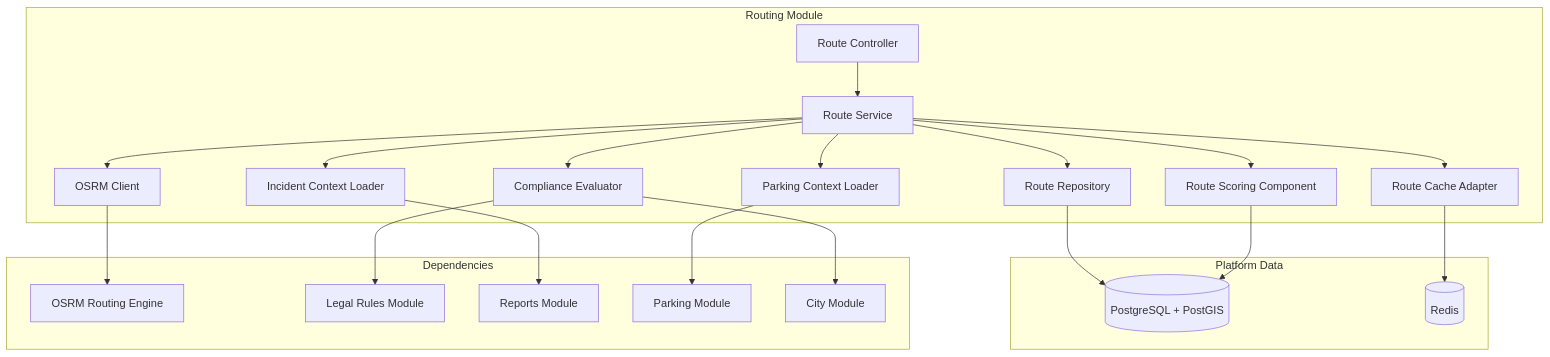
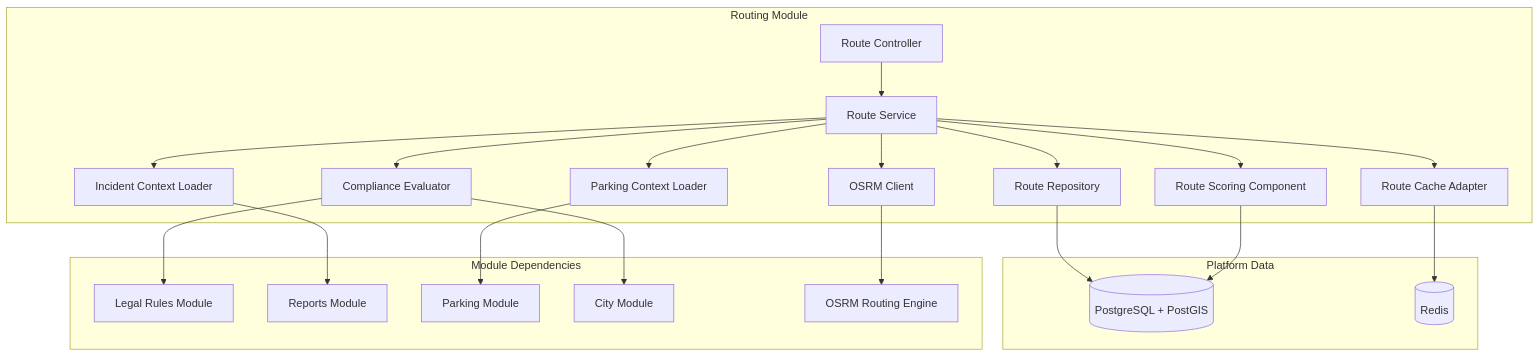
Before and after one commit to burlica1234/ridr: the fourth of 7 diagrams in docs/architecture/architecture.md, drawn with Mermaid. The commit also changed other lines of this file and 1 other file, not shown here.

````diff
--- a/docs/architecture/architecture.md
+++ b/docs/architecture/architecture.md
@@ -175,45 +158,45 @@
 ```mermaid
 flowchart TB
     subgraph RM["Routing Module"]
         API[Route Controller]
-        SVC[Route Service]
+        SERVICE[Route Service]
         OSRMCLIENT[OSRM Client]
         SCORE[Route Scoring Component]
         COMPLIANCE[Compliance Evaluator]
         INCIDENTS[Incident Context Loader]
         PARKING[Parking Context Loader]
         CACHE[Route Cache Adapter]
         REPO[Route Repository]
     end
 
-    subgraph DB["Platform Data"]
-        PG[(PostgreSQL + PostGIS)]
+    subgraph DATA["Platform Data"]
+        DB[(PostgreSQL + PostGIS)]
         REDIS[(Redis)]
     end
 
-    subgraph EXT["Dependencies"]
-        OSRM[OSRM Routing Engine]
+    subgraph DEPS["Module Dependencies"]
         RULEMOD[Legal Rules Module]
         REPMOD[Reports Module]
         PARKMOD[Parking Module]
         CITYMOD[City Module]
+        OSRM[OSRM Routing Engine]
     end
 
-    API --> SVC
-    SVC --> OSRMCLIENT
-    SVC --> SCORE
-    SVC --> COMPLIANCE
-    SVC --> INCIDENTS
-    SVC --> PARKING
-    SVC --> CACHE
-    SVC --> REPO
+    API --> SERVICE
+    SERVICE --> OSRMCLIENT
+    SERVICE --> SCORE
+    SERVICE --> COMPLIANCE
+    SERVICE --> INCIDENTS
+    SERVICE --> PARKING
+    SERVICE --> CACHE
+    SERVICE --> REPO
 
     OSRMCLIENT --> OSRM
     COMPLIANCE --> RULEMOD
     COMPLIANCE --> CITYMOD
     INCIDENTS --> REPMOD
     PARKING --> PARKMOD
-    REPO --> PG
+    REPO --> DB
     CACHE --> REDIS
-    SCORE --> PG
+    SCORE --> DB
 ```
````
